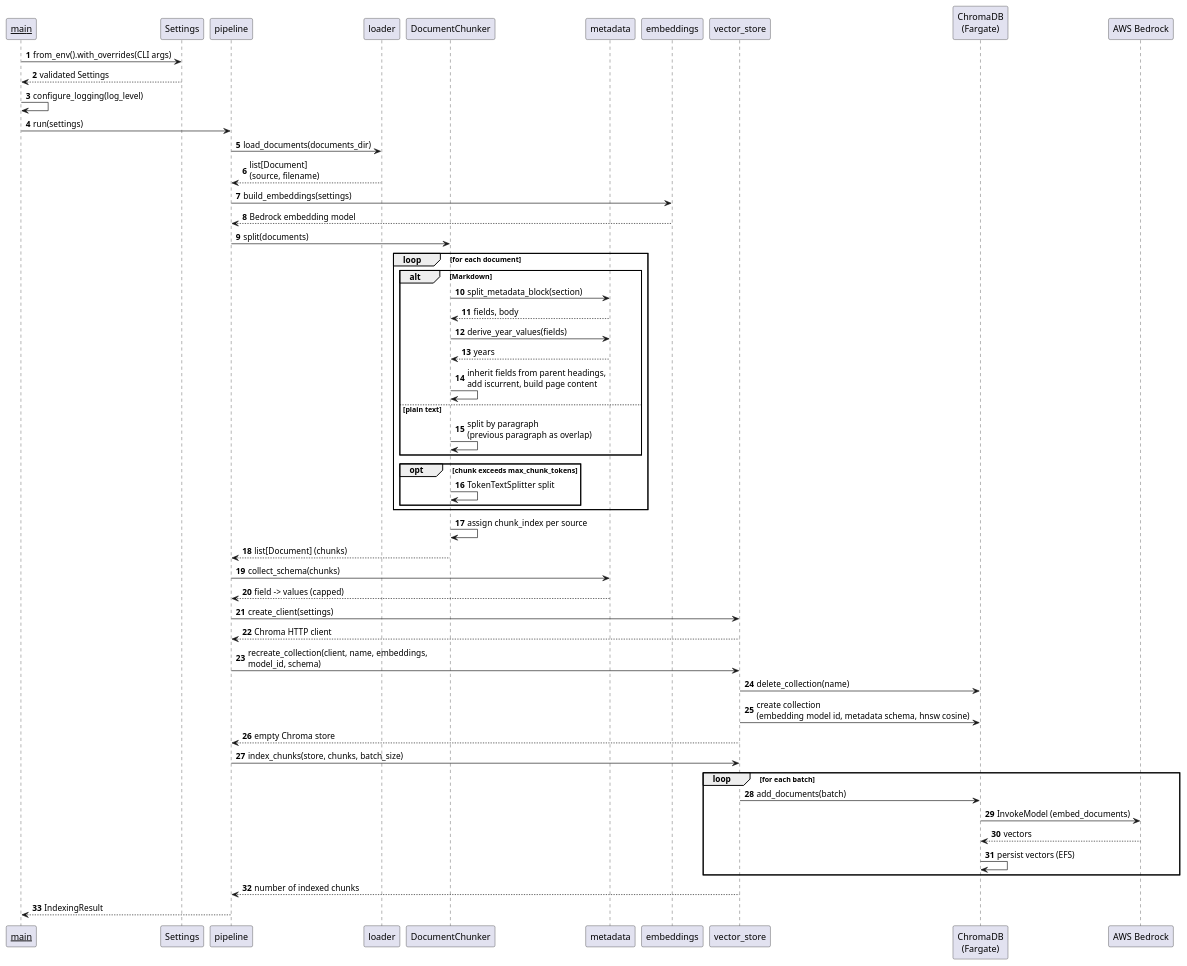
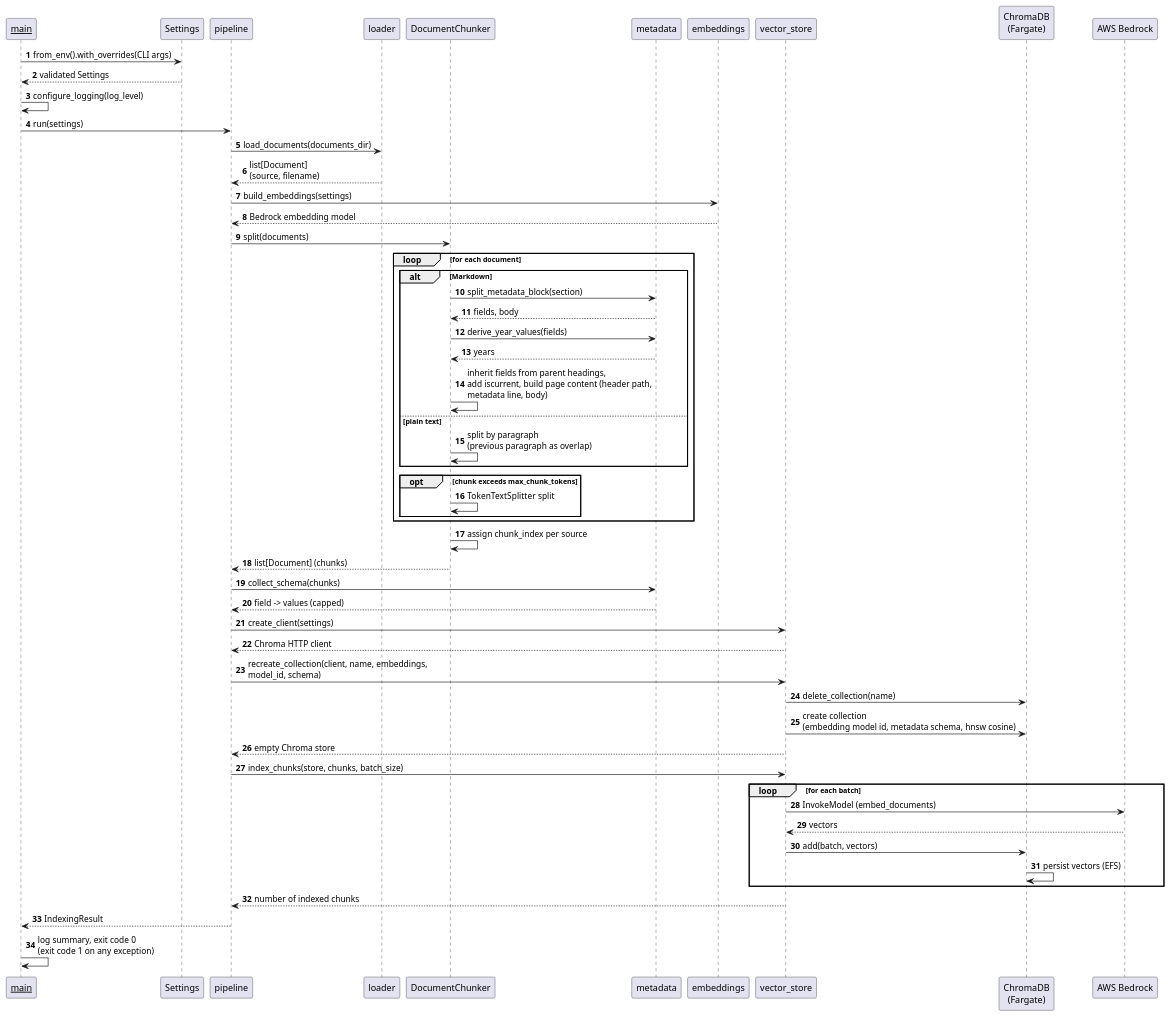
Before and after one commit to Fabian-Winter/cvbot-embedder: the diagram in docs/sequence-embedding.puml, drawn with PlantUML. The commit also changed 1 other file, not shown here.

```diff
--- a/docs/sequence-embedding.puml
+++ b/docs/sequence-embedding.puml
@@ -1,65 +1,66 @@
 @startuml
 autonumber
 
 participant "__main__" as main
 participant "Settings" as settings
 participant "pipeline" as pipeline
 participant "loader" as loader
 participant "DocumentChunker" as chunker
 participant "metadata" as metadata
 participant "embeddings" as emb
 participant "vector_store" as vs
 participant "ChromaDB\n(Fargate)" as chroma
 participant "AWS Bedrock" as bedrock
 
 main -> settings : from_env().with_overrides(CLI args)
 settings --> main : validated Settings
 main -> main : configure_logging(log_level)
 main -> pipeline : run(settings)
 
 pipeline -> loader : load_documents(documents_dir)
 loader --> pipeline : list[Document]\n(source, filename)
 
 pipeline -> emb : build_embeddings(settings)
 emb --> pipeline : Bedrock embedding model
 
 pipeline -> chunker : split(documents)
 loop for each document
   alt Markdown
     chunker -> metadata : split_metadata_block(section)
     metadata --> chunker : fields, body
     chunker -> metadata : derive_year_values(fields)
     metadata --> chunker : years
-    chunker -> chunker : inherit fields from parent headings,\nadd iscurrent, build page content
+    chunker -> chunker : inherit fields from parent headings,\nadd iscurrent, build page content (header path,\nmetadata line, body)
   else plain text
     chunker -> chunker : split by paragraph\n(previous paragraph as overlap)
   end
   opt chunk exceeds max_chunk_tokens
     chunker -> chunker : TokenTextSplitter split
   end
 end
 chunker -> chunker : assign chunk_index per source
 chunker --> pipeline : list[Document] (chunks)
 
 pipeline -> metadata : collect_schema(chunks)
 metadata --> pipeline : field -> values (capped)
 
 pipeline -> vs : create_client(settings)
 vs --> pipeline : Chroma HTTP client
 
 pipeline -> vs : recreate_collection(client, name, embeddings,\nmodel_id, schema)
 vs -> chroma : delete_collection(name)
 vs -> chroma : create collection\n(embedding model id, metadata schema, hnsw cosine)
 vs --> pipeline : empty Chroma store
 
 pipeline -> vs : index_chunks(store, chunks, batch_size)
 loop for each batch
-  vs -> chroma : add_documents(batch)
-  chroma -> bedrock : InvokeModel (embed_documents)
-  bedrock --> chroma : vectors
+  vs -> bedrock : InvokeModel (embed_documents)
+  bedrock --> vs : vectors
+  vs -> chroma : add(batch, vectors)
   chroma -> chroma : persist vectors (EFS)
 end
 vs --> pipeline : number of indexed chunks
 
 pipeline --> main : IndexingResult
+main -> main : log summary, exit code 0\n(exit code 1 on any exception)
 @enduml
```
